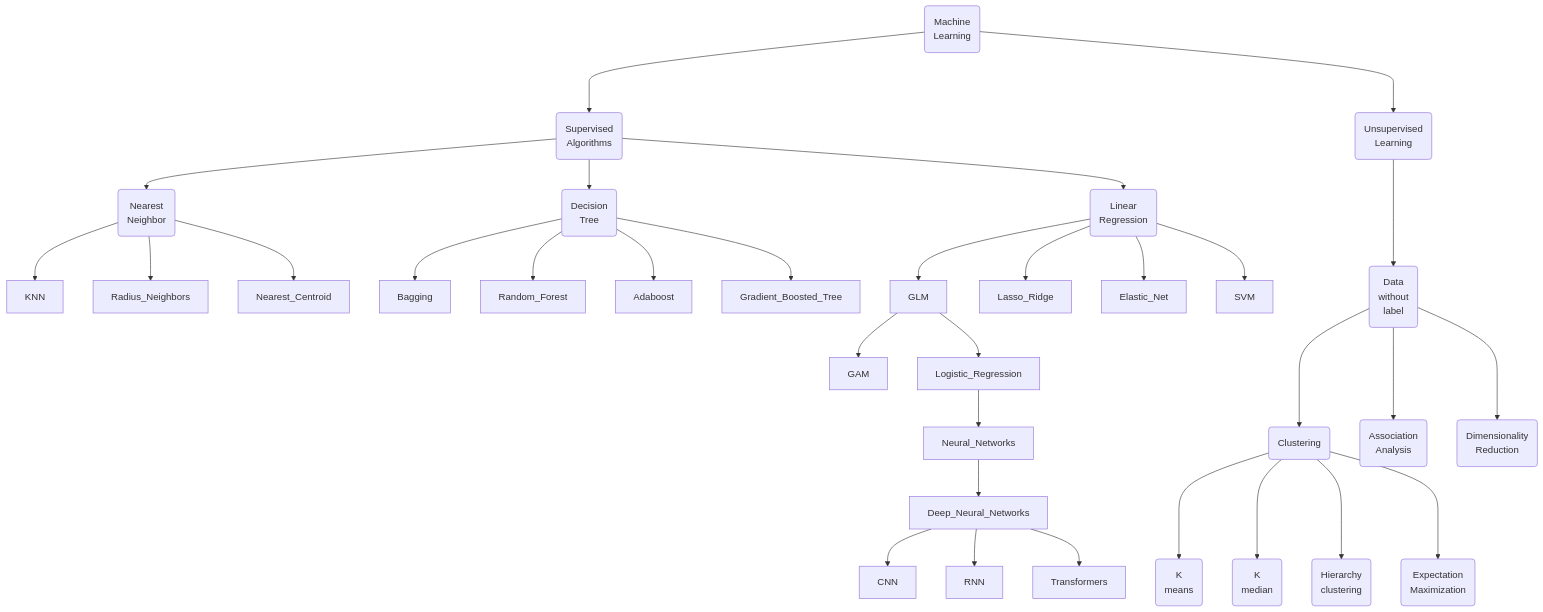
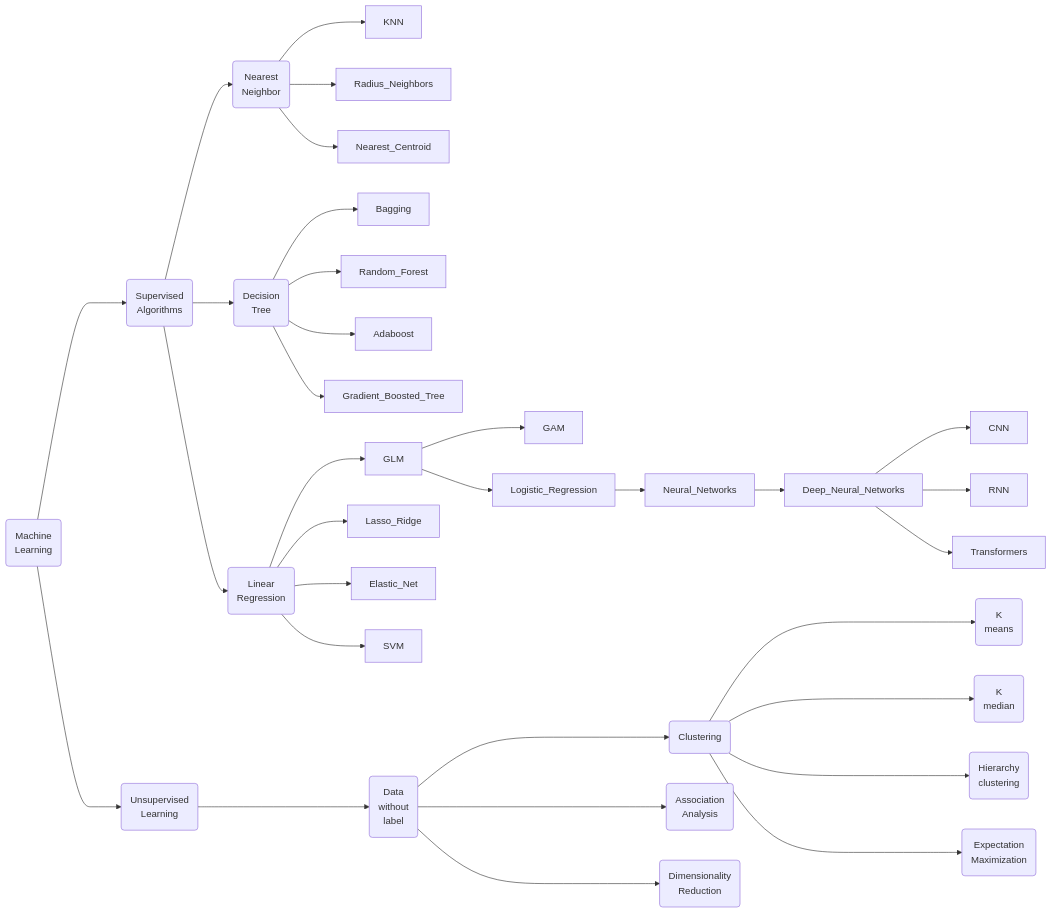
The diagram in ML_Tree.md (hwetsman/Public_Notes), drawn with Mermaid before and after one commit.

Commit message:
Refactor: go back to LR

`````diff
--- a/ML_Tree.md
+++ b/ML_Tree.md
@@ -1,53 +1,53 @@
 ````mermaid
-flowchart TB
+flowchart LR
   Machine_Learning(Machine<br>Learning)
   Supervised(Supervised<br>Algorithms)
     Supervised-->Nearest(Nearest<br>Neighbor)
       Machine_Learning--->Supervised
     Nearest --> KNN
     Nearest --> Radius_Neighbors
     Nearest --> Nearest_Centroid
     Supervised --> Decision(Decision<br>Tree)
     Decision --> Bagging
     Decision --> Random_Forest
     Decision --> Adaboost
     Decision --> Gradient_Boosted_Tree
     Supervised --> Linear(Linear<br>Regression)
     Linear --> GLM
     GLM --> GAM
     GLM --> Logistic_Regression
     Logistic_Regression --> Neural_Networks
     Neural_Networks --> Deep_Neural_Networks
     Deep_Neural_Networks --> CNN
     Deep_Neural_Networks --> RNN
     Deep_Neural_Networks --> Transformers
     Linear --> Lasso_Ridge
     Linear --> Elastic_Net
     Linear --> SVM
 
     Unsupervised(Unsupervised<br>Learning)
       Machine_Learning--->Unsupervised
         Data(Data<br>without<br>label)
         Unsupervised--->Data
 
         clustering(Clustering)
           Data--->clustering
           K_mean(K<br>means)
             clustering--->K_mean
           K_med(K<br>median)
             clustering--->K_med
           hierarchy(Hierarchy<br>clustering)
             clustering--->hierarchy
           Expectation(Expectation<br>Maximization)
             clustering--->Expectation
 
         Association(Association<br>Analysis)
           Data--->Association
 
         Dimension(Dimensionality<br>Reduction)
           Data--->Dimension
       
 
 
 
 ````
`````
